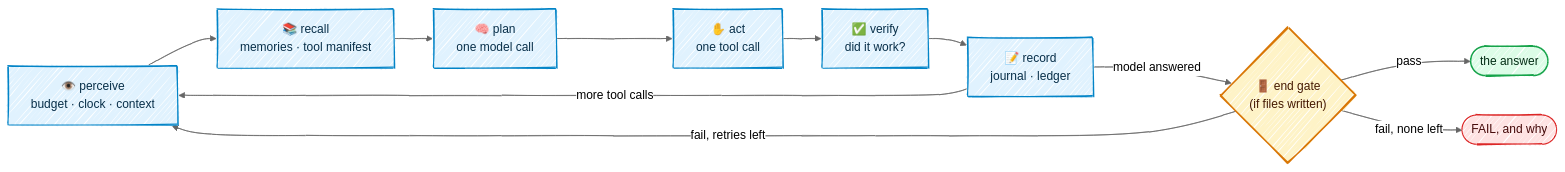
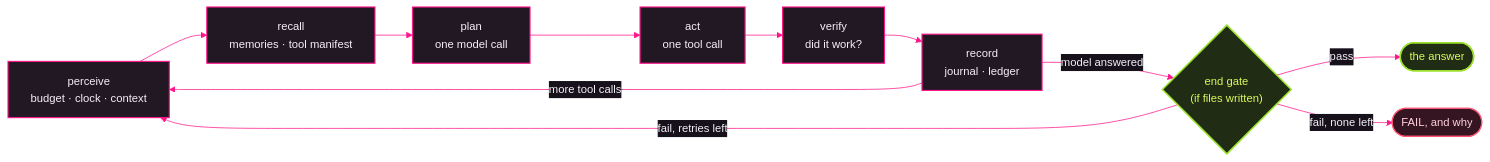
One commit to Kaginari/mikata changed the first of 2 diagrams in docs/02-loop.md. Above: the diagram before and after it, drawn with Mermaid. The commit also changed other lines of this file and 46 other files, not shown here.

````diff
--- a/docs/02-loop.md
+++ b/docs/02-loop.md
@@ -15,28 +15,73 @@
 ```mermaid
 ---
 config:
-  look: handDrawn
-  theme: neutral
+  theme: base
+  themeVariables:
+    darkMode: true
+    background: "#0d0b10"
+    fontFamily: "Inter, Segoe UI, system-ui, -apple-system, Helvetica, Arial, sans-serif"
+    fontSize: "15px"
+    primaryColor: "#211824"
+    primaryTextColor: "#f5eff7"
+    primaryBorderColor: "#ff168a"
+    secondaryColor: "#2c2030"
+    secondaryTextColor: "#f5eff7"
+    secondaryBorderColor: "#ff655c"
+    tertiaryColor: "#16111b"
+    tertiaryTextColor: "#f5eff7"
+    tertiaryBorderColor: "#59405d"
+    lineColor: "#ff168a"
+    textColor: "#f5eff7"
+    titleColor: "#f5eff7"
+    edgeLabelBackground: "#16111b"
+    clusterBkg: "#16111b"
+    clusterBorder: "#59405d"
+    noteBkgColor: "#332711"
+    noteTextColor: "#ffe1a8"
+    noteBorderColor: "#ffb020"
+    actorBkg: "#211824"
+    actorBorder: "#ff168a"
+    actorTextColor: "#f5eff7"
+    actorLineColor: "#59405d"
+    signalColor: "#ff655c"
+    signalTextColor: "#f5eff7"
+    labelBoxBkgColor: "#211824"
+    labelBoxBorderColor: "#ff168a"
+    labelTextColor: "#f5eff7"
+    loopTextColor: "#f5eff7"
+    activationBkgColor: "#3a0f26"
+    activationBorderColor: "#ff168a"
+    sequenceNumberColor: "#0d0b10"
+    transitionColor: "#ff168a"
+    transitionLabelColor: "#f5eff7"
+    stateLabelColor: "#f5eff7"
+    stateBkg: "#211824"
+    labelBackgroundColor: "#16111b"
+    compositeBackground: "#16111b"
+    compositeTitleBackground: "#211824"
+    altBackground: "#16111b"
+    specialStateColor: "#b6f542"
+    innerEndBackground: "#b6f542"
   flowchart:
     wrappingWidth: 360
 ---
 flowchart LR
-    P["👁️ perceive<br/>budget · clock · context"] --> RC["📚 recall<br/>memories · tool manifest"]
-    RC --> PL["🧠 plan<br/>one model call"]
-    PL --> A["✋ act<br/>one tool call"]
-    A --> VF["✅ verify<br/>did it work?"]
-    VF --> REC["📝 record<br/>journal · ledger"]
+    P["perceive<br/>budget · clock · context"] --> RC["recall<br/>memories · tool manifest"]
+    RC --> PL["plan<br/>one model call"]
+    PL --> A["act<br/>one tool call"]
+    A --> VF["verify<br/>did it work?"]
+    VF --> REC["record<br/>journal · ledger"]
     REC -->|more tool calls| P
-    REC -->|model answered| G{"🚪 end gate<br/>(if files written)"}
+    REC -->|model answered| G{"end gate<br/>(if files written)"}
     G -->|pass| DONE(["the answer"])
     G -->|fail, retries left| P
     G -->|fail, none left| FAIL(["FAIL, and why"])
-    classDef step fill:#e0f2fe,stroke:#0284c7,stroke-width:1.5px,color:#082f49
+    classDef step fill:#211824,stroke:#ff168a,stroke-width:1.5px,color:#f5eff7
     class P,RC,PL,A,VF,REC step
-    classDef gate fill:#fef3c7,stroke:#d97706,stroke-width:2px,color:#451a03
+    classDef gate fill:#202c13,stroke:#9be22d,stroke-width:2px,color:#d9f95c
     class G gate
-    classDef good fill:#dcfce7,stroke:#16a34a,stroke-width:2px,color:#052e16
+    classDef good fill:#202c13,stroke:#9be22d,stroke-width:2px,color:#d9f95c
     class DONE good
-    classDef bad fill:#fee2e2,stroke:#dc2626,stroke-width:1.5px,color:#450a0a
+    classDef bad fill:#361522,stroke:#ff5575,stroke-width:1.5px,color:#ffd0da
     class FAIL bad
 ```
````
